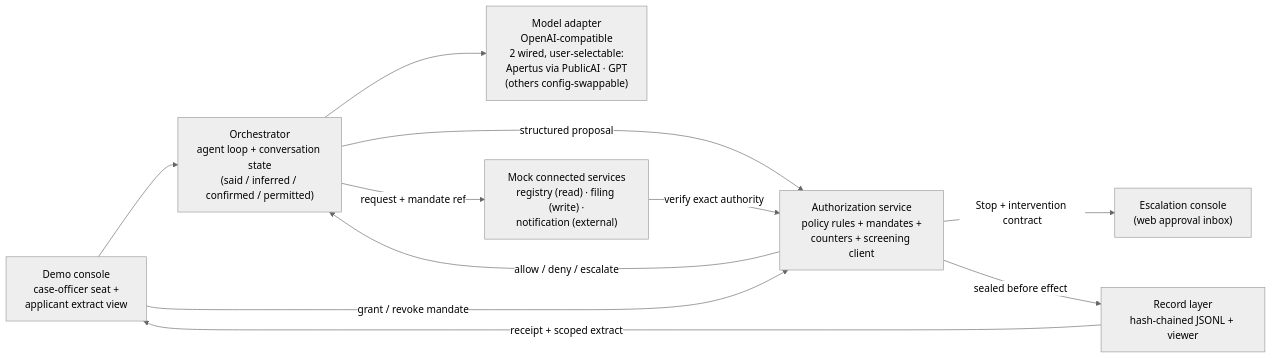
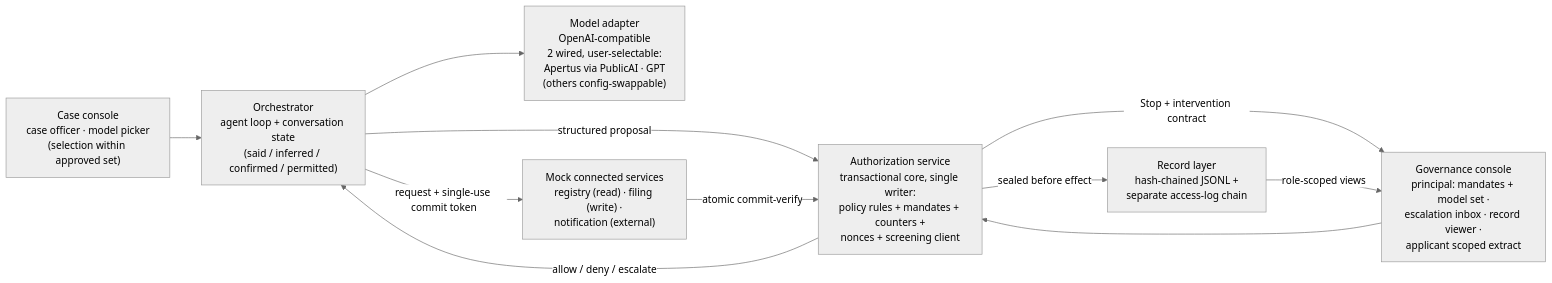
The diagram in docs/wip/runtime-gates-poc-spec.md (robertschaub/our-ai-charter), drawn with Mermaid (neutral theme) before and after one commit. The commit also changed other lines of this file and 1 other file, not shown here.

````diff
--- a/docs/wip/runtime-gates-poc-spec.md
+++ b/docs/wip/runtime-gates-poc-spec.md
@@ -46,13 +48,13 @@
 ```mermaid
 flowchart LR
-    U["Demo console<br/>case-officer seat +<br/>applicant extract view"] --> O
-    U -- "grant / revoke mandate" --> G
+    CO["Case console<br/>case officer · model picker<br/>(selection within approved set)"] --> O
+    GC["Governance console<br/>principal: mandates + model set ·<br/>escalation inbox · record viewer ·<br/>applicant scoped extract"] --> G
     O["Orchestrator<br/>agent loop + conversation state<br/>(said / inferred / confirmed / permitted)"] --> M["Model adapter<br/>OpenAI-compatible<br/>2 wired, user-selectable:<br/>Apertus via PublicAI · GPT<br/>(others config-swappable)"]
-    O -- "structured proposal" --> G["Authorization service<br/>policy rules + mandates +<br/>counters + screening client"]
+    O -- "structured proposal" --> G["Authorization service<br/>transactional core, single writer:<br/>policy rules + mandates + counters +<br/>nonces + screening client"]
     G -- "allow / deny / escalate" --> O
-    G -- "Stop + intervention contract" --> E["Escalation console<br/>(web approval inbox)"]
-    O -- "request + mandate ref" --> S["Mock connected services<br/>registry (read) · filing (write) ·<br/>notification (external)"]
-    S -- "verify exact authority" --> G
-    G -- "sealed before effect" --> R["Record layer<br/>hash-chained JSONL + viewer"]
-    R -- "receipt + scoped extract" --> U
+    G -- "Stop + intervention contract" --> GC
+    O -- "request + single-use commit token" --> S["Mock connected services<br/>registry (read) · filing (write) ·<br/>notification (external)"]
+    S -- "atomic commit-verify" --> G
+    G -- "sealed before effect" --> R["Record layer<br/>hash-chained JSONL +<br/>separate access-log chain"]
+    R -- "role-scoped views" --> GC
 ```
````
